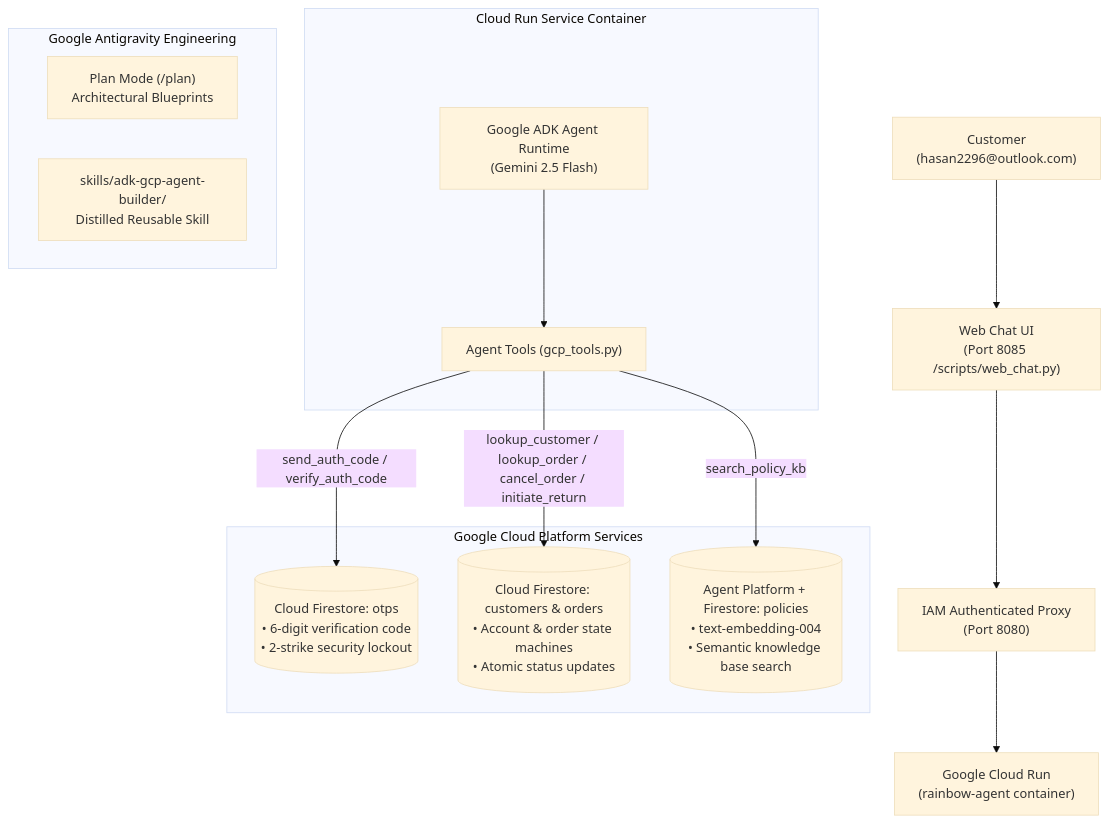
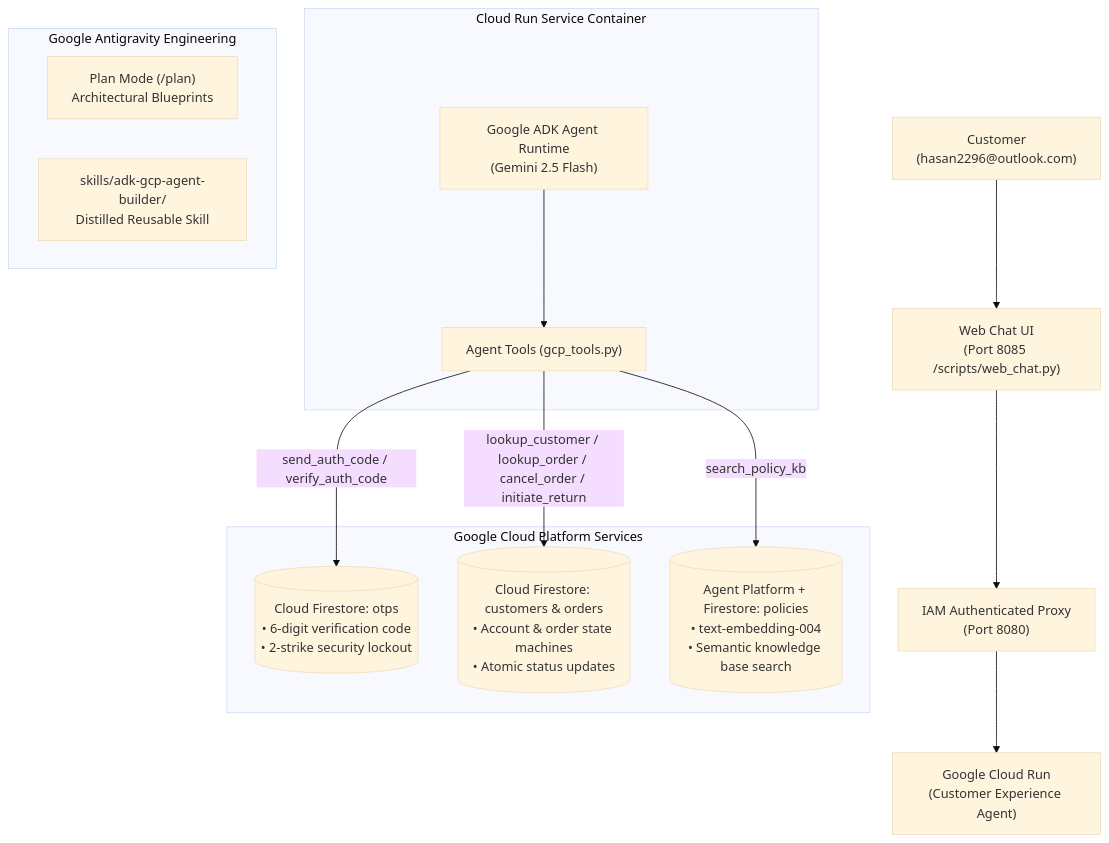
Before and after one commit to hasarahman/customer-experience-agy: the first of 2 diagrams in README.md, drawn with Mermaid (base theme). The commit also changed other lines of this file and 42 other files, not shown here.

Commit message:
feat: rebrand to nameless Customer Experience AI Assistant, scrub rainbow, update demo video

````diff
--- a/README.md
+++ b/README.md
@@ -9,27 +9,27 @@
 ```mermaid
 flowchart TD
     Customer["Customer<br/>(hasan2296@outlook.com)"] --> WebUI["Web Chat UI<br/>(Port 8085 /scripts/web_chat.py)"]
     WebUI --> Proxy["IAM Authenticated Proxy<br/>(Port 8080)"]
-    Proxy --> CloudRun["Google Cloud Run<br/>(rainbow-agent container)"]
+    Proxy --> CloudRun["Google Cloud Run<br/>(Customer Experience Agent)"]
     
     subgraph Container["Cloud Run Service Container"]
         ADK["Google ADK Agent Runtime<br/>(Gemini 2.5 Flash)"]
         Tools["Agent Tools (gcp_tools.py)"]
         ADK --> Tools
     end
     
     subgraph GCP["Google Cloud Platform Services"]
         Firestore_Auth[("Cloud Firestore: otps<br/>• 6-digit verification code<br/>• 2-strike security lockout")]
         Firestore_Data[("Cloud Firestore: customers & orders<br/>• Account & order state machines<br/>• Atomic status updates")]
         AgentPlatform_RAG[("Agent Platform + Firestore: policies<br/>• text-embedding-004<br/>• Semantic knowledge base search")]
     end
     
     Tools -->|"send_auth_code / verify_auth_code"| Firestore_Auth
     Tools -->|"lookup_customer / lookup_order / cancel_order / initiate_return"| Firestore_Data
     Tools -->|"search_policy_kb"| AgentPlatform_RAG
 
     subgraph Antigravity["Google Antigravity Engineering"]
         PlanMode["Plan Mode (/plan)<br/>Architectural Blueprints"]
         SkillModule["skills/adk-gcp-agent-builder/<br/>Distilled Reusable Skill"]
     end
 ```
````
